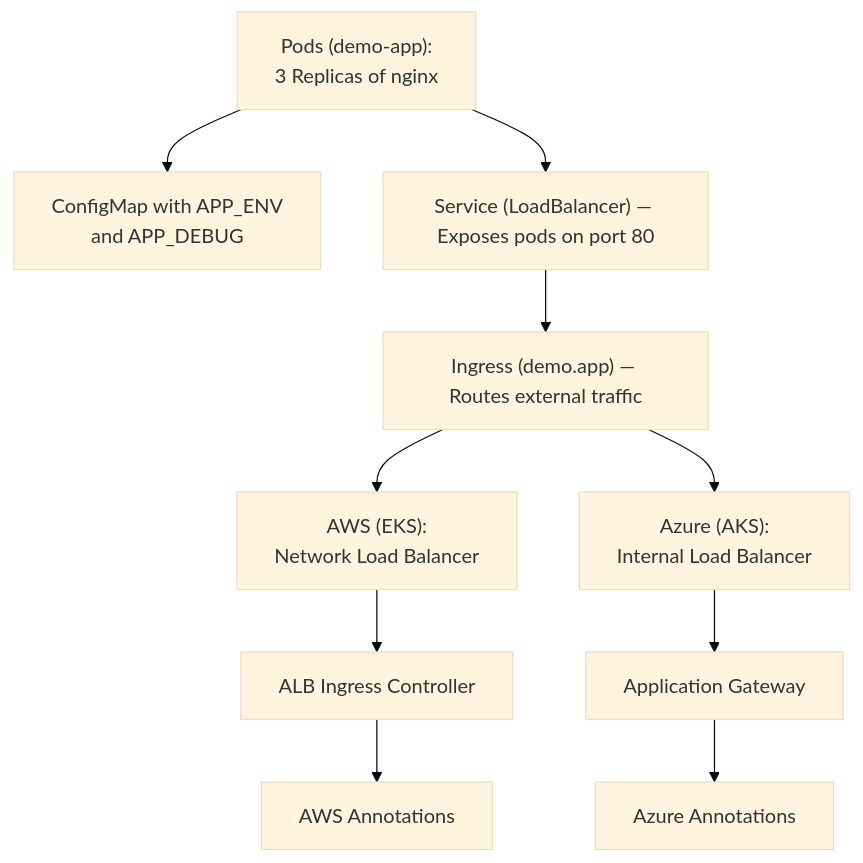
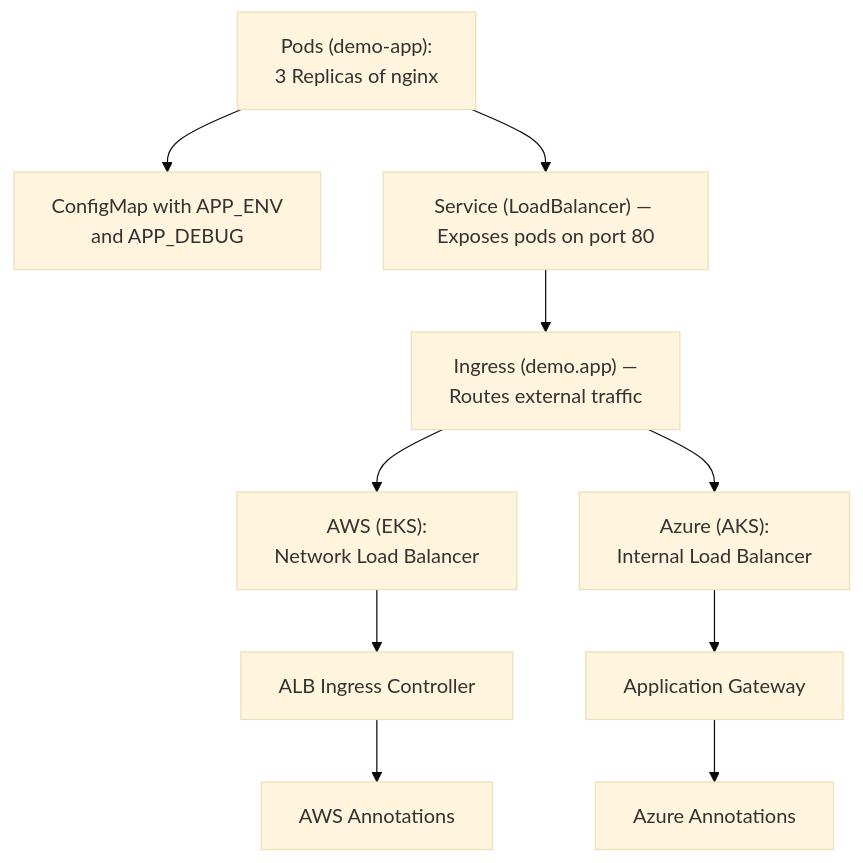
One commit to obintui10/kubernetes-multi-cloud-demo changed the diagram in README.md. Above: the diagram before and after it, drawn with Mermaid (base theme).

````diff
--- a/README.md
+++ b/README.md
@@ -98,20 +98,21 @@
 ```mermaid
 flowchart TB
     Pods["Pods (demo-app):
 3 Replicas of nginx"] --> Config["ConfigMap with APP_ENV
 and APP_DEBUG"]
 
     Pods --> Service["Service (LoadBalancer) — Exposes pods on port 80"]
-    Service --> Ingress["Ingress (demo.app) — Routes external traffic"]
+    Service --> Ingress["Ingress (demo.app) —
+Routes external traffic"]
 
     Ingress --> AWS_NLB["AWS (EKS):
 Network Load Balancer"]
     AWS_NLB --> AWS_ALB["ALB Ingress Controller"]
     AWS_ALB --> AWS_Anno["AWS Annotations"]
 
     Ingress --> Azure_ILB["Azure (AKS):
 Internal Load Balancer"]
     Azure_ILB --> Azure_AppGW["Application Gateway"]
     Azure_AppGW --> Azure_Anno["Azure Annotations"]
 
 ```
````
